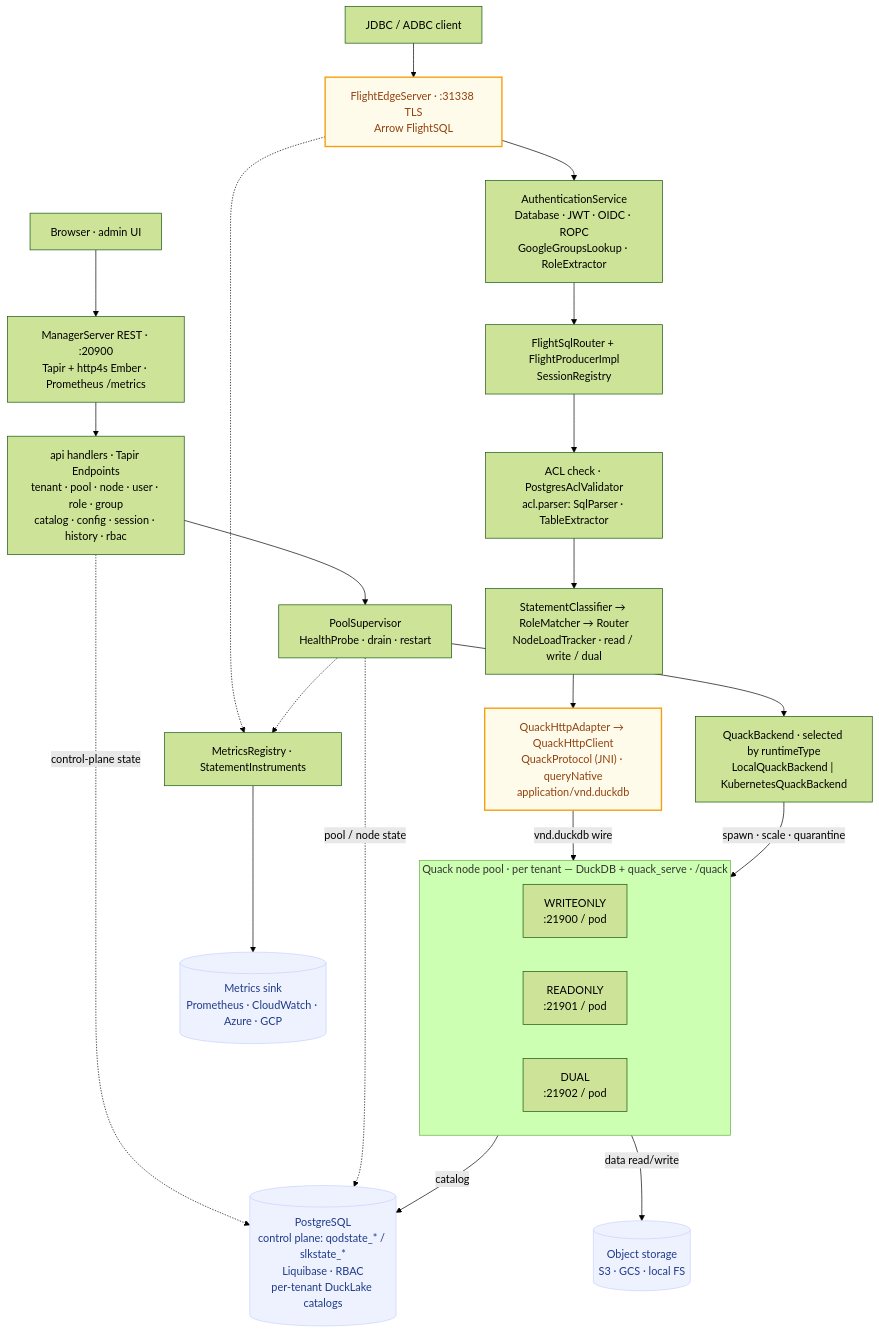
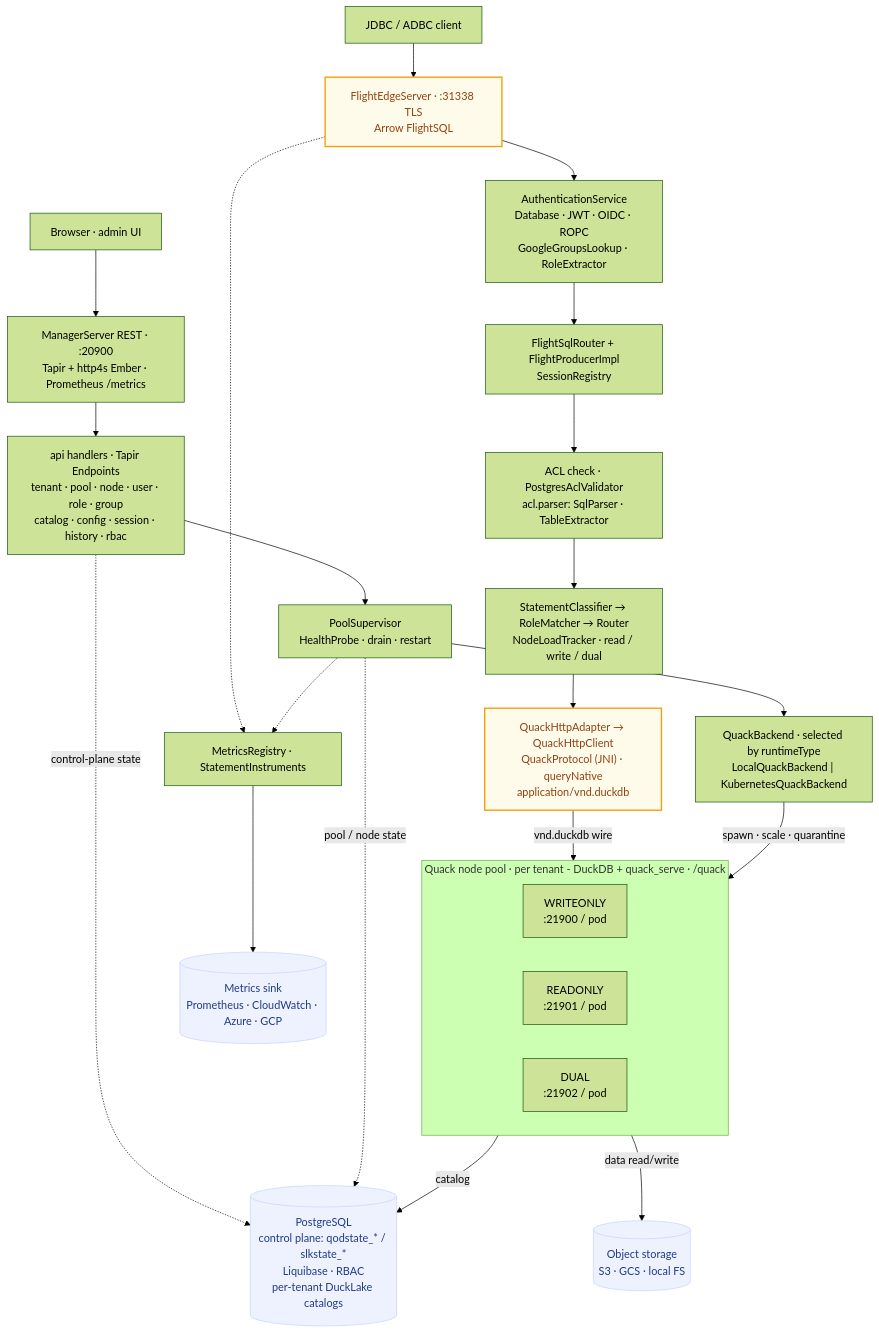
The second of 2 diagrams in README.md (starlake-ai/quack-on-demand), drawn with Mermaid (forest theme) before and after one commit. The commit also changed 18 other files, not shown here.

First line of the commit message:
docs+style: per-tenant auth docs; strip em dashes repo-wide

````diff
--- a/README.md
+++ b/README.md
@@ -206,60 +206,60 @@
 ```mermaid
 flowchart TD
     C1["JDBC / ADBC client"]
     C2["Browser · admin UI"]
 
     EDGE["FlightEdgeServer · :31338 TLS<br/>Arrow FlightSQL"]
     REST["ManagerServer REST · :20900<br/>Tapir + http4s Ember · Prometheus /metrics"]
 
     C1 --> EDGE
     C2 --> REST
 
     %% --- edge data-plane pipeline (native only) ---
     AUTH["AuthenticationService<br/>Database · JWT · OIDC · ROPC<br/>GoogleGroupsLookup · RoleExtractor"]
     FSR["FlightSqlRouter + FlightProducerImpl<br/>SessionRegistry"]
     ACL["ACL check · PostgresAclValidator<br/>acl.parser: SqlParser · TableExtractor"]
     ROUTE["StatementClassifier → RoleMatcher → Router<br/>NodeLoadTracker · read / write / dual"]
     WIRE["QuackHttpAdapter → QuackHttpClient<br/>QuackProtocol (JNI) · queryNative<br/>application/vnd.duckdb"]
 
     EDGE --> AUTH --> FSR --> ACL --> ROUTE --> WIRE
 
     %% --- manager control plane ---
     API["api handlers · Tapir Endpoints<br/>tenant · pool · node · user · role · group<br/>catalog · config · session · history · rbac"]
     SUP["PoolSupervisor<br/>HealthProbe · drain · restart"]
     BK["QuackBackend · selected by runtimeType<br/>LocalQuackBackend | KubernetesQuackBackend"]
 
     REST --> API --> SUP --> BK
 
     %% --- node pool ---
-    subgraph POOL["Quack node pool · per tenant — DuckDB + quack_serve · /quack"]
+    subgraph POOL["Quack node pool · per tenant - DuckDB + quack_serve · /quack"]
         direction LR
         WO["WRITEONLY<br/>:21900 / pod"]
         RO["READONLY<br/>:21901 / pod"]
         DU["DUAL<br/>:21902 / pod"]
     end
 
     WIRE -->|"vnd.duckdb wire"| POOL
     BK -->|"spawn · scale · quarantine"| POOL
 
     %% --- persistence ---
     PG[("PostgreSQL<br/>control plane: qodstate_* / slkstate_*<br/>Liquibase · RBAC<br/>per-tenant DuckLake catalogs")]
     OBJ[("Object storage<br/>S3 · GCS · local FS")]
 
     API -.->|control-plane state| PG
     SUP -.->|pool / node state| PG
     POOL -->|catalog| PG
     POOL -->|data read/write| OBJ
 
     %% --- observability ---
     MET["MetricsRegistry · StatementInstruments"]
     SINK[("Metrics sink<br/>Prometheus · CloudWatch · Azure · GCP")]
     EDGE -.-> MET
     SUP -.-> MET
     MET --> SINK
 
     classDef core fill:#fffbeb,stroke:#f59e0b,stroke-width:2px,color:#92400e;
     classDef store fill:#eef2ff,stroke:#c7d2fe,color:#1e3a8a;
     class EDGE,WIRE core;
     class PG,OBJ,SINK store;
     
 ```
````
